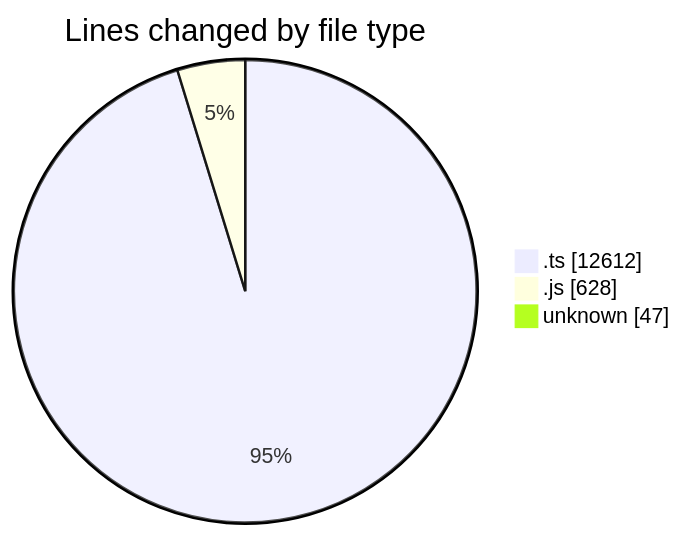
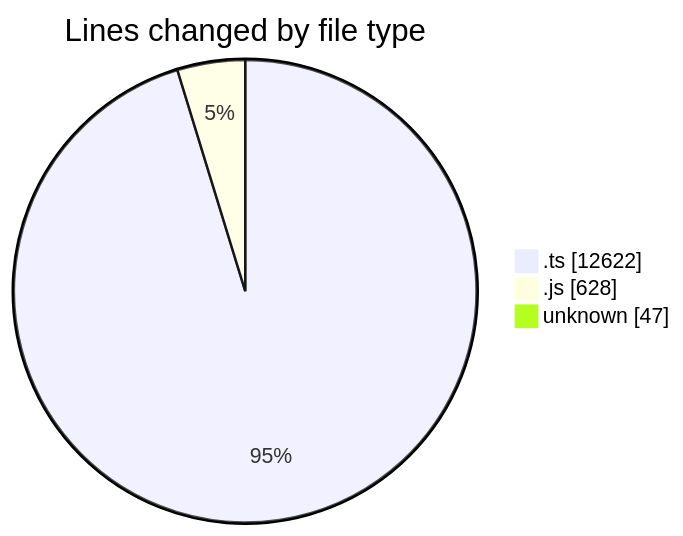
One commit to momahboobian/code-tracking changed the first of 2 diagrams in 2025-09-05/cda/README.md. Above: the diagram before and after it, drawn with Mermaid. The commit also changed other lines of this file and 1 other file, not shown here.

````diff
--- a/2025-09-05/cda/README.md
+++ b/2025-09-05/cda/README.md
@@ -25,7 +25,7 @@
 ```mermaid
 pie showData
 title Lines changed by file type
-".ts" : 12612
+".ts" : 12622
 ".js" : 628
 "unknown" : 47
 ```
````
